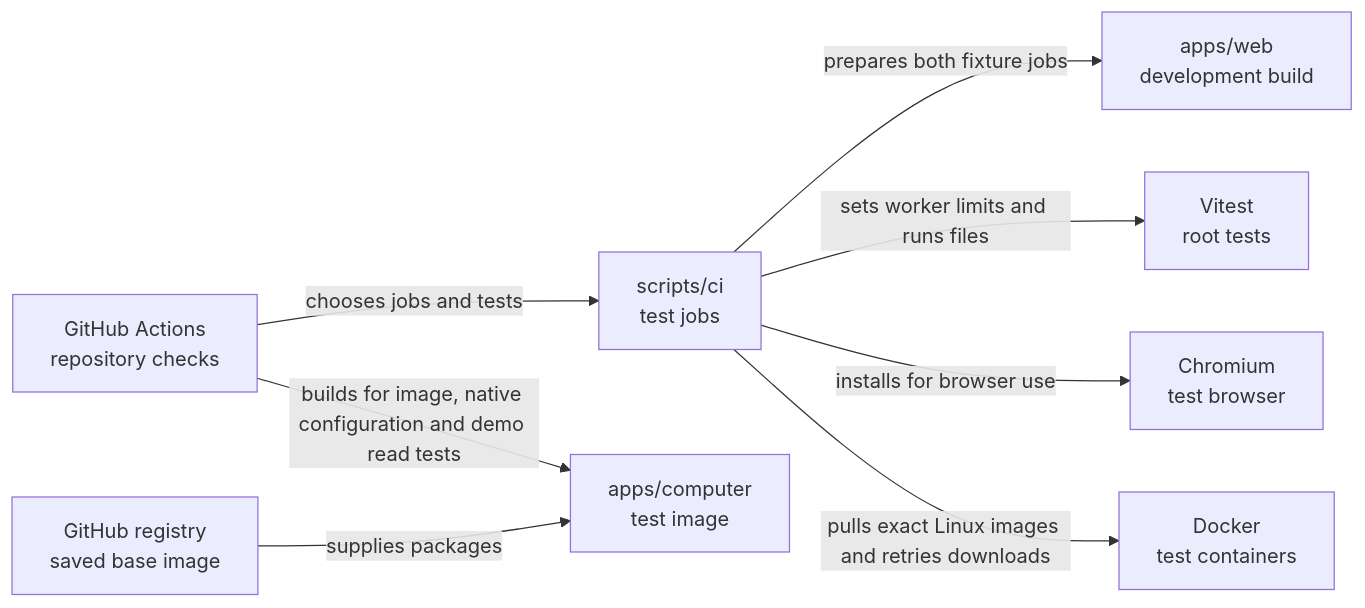
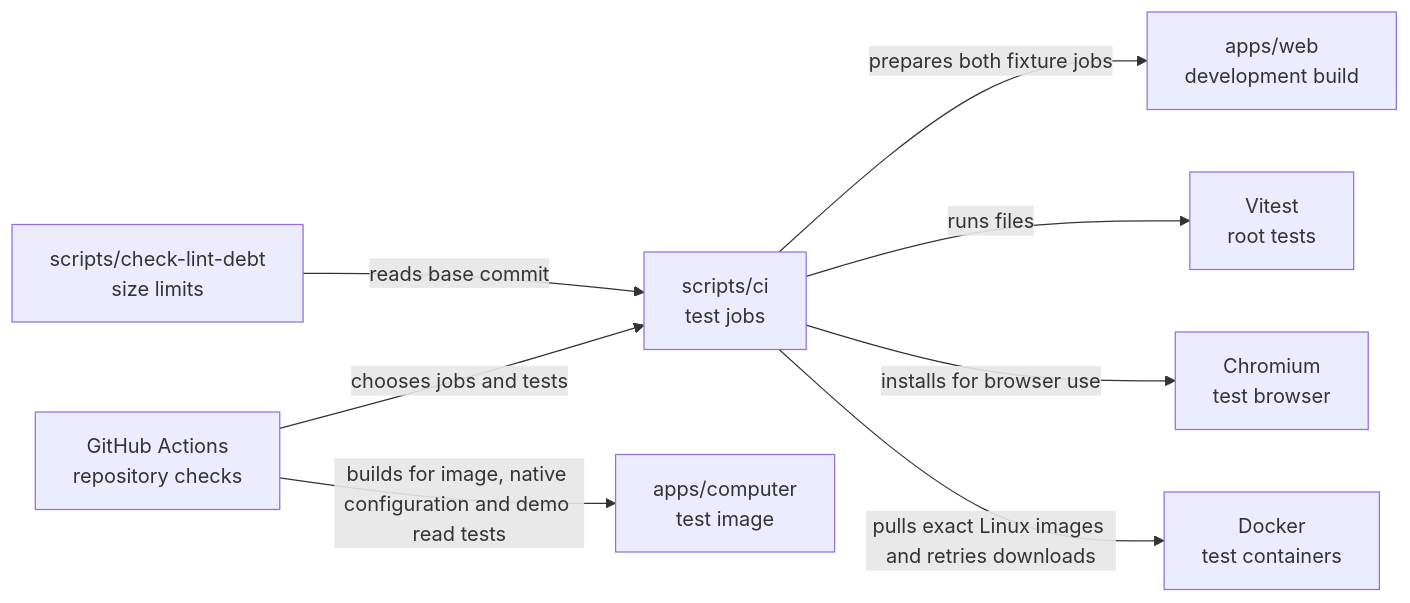
Before and after one commit to elewa-git/opencrane-new: the diagram in scripts/ci/README.md, drawn with Mermaid. The commit also changed other lines of this file and 32 other files, not shown here.

First line of the commit message:
📏 Enforce size limits and freeze the existing lint debt

````diff
--- a/scripts/ci/README.md
+++ b/scripts/ci/README.md
@@ -13,10 +15,10 @@
 ```mermaid
 flowchart LR
   actions["GitHub Actions<br/>repository checks"] -->|chooses jobs and tests| ci["scripts/ci<br/>test jobs"]
   ci -->|prepares both fixture jobs| web["apps/web<br/>development build"]
-  ci -->|sets worker limits and runs files| vitest["Vitest<br/>root tests"]
+  debt["scripts/check-lint-debt<br/>size limits"] -->|reads base commit| ci
+  ci -->|runs files| vitest["Vitest<br/>root tests"]
   actions -->|builds for image, native configuration and demo read tests| computer["apps/computer<br/>test image"]
-  registry["GitHub registry<br/>saved base image"] -->|supplies packages| computer
   ci -->|installs for browser use| chromium["Chromium<br/>test browser"]
   ci -->|pulls exact Linux images and retries downloads| docker["Docker<br/>test containers"]
 ```
````
